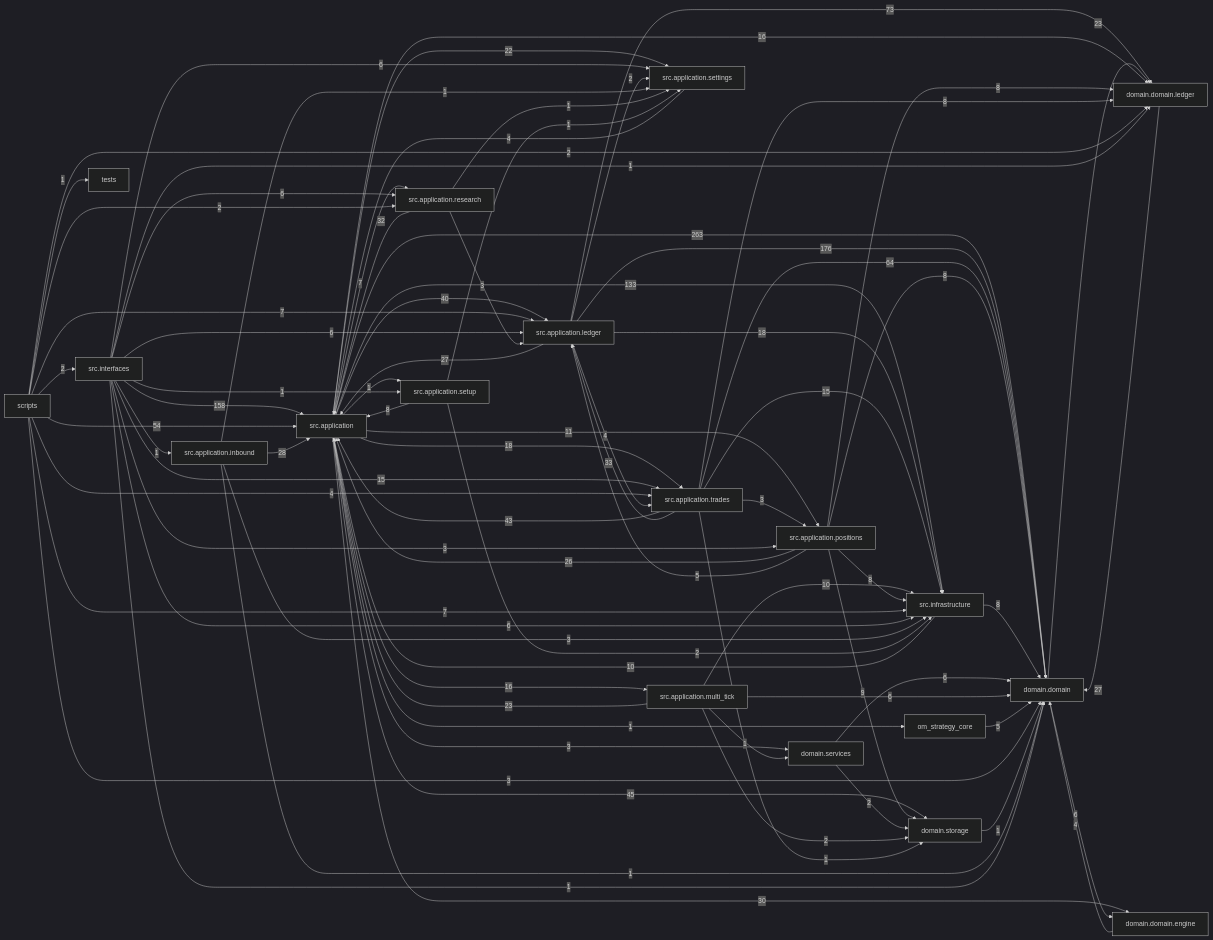
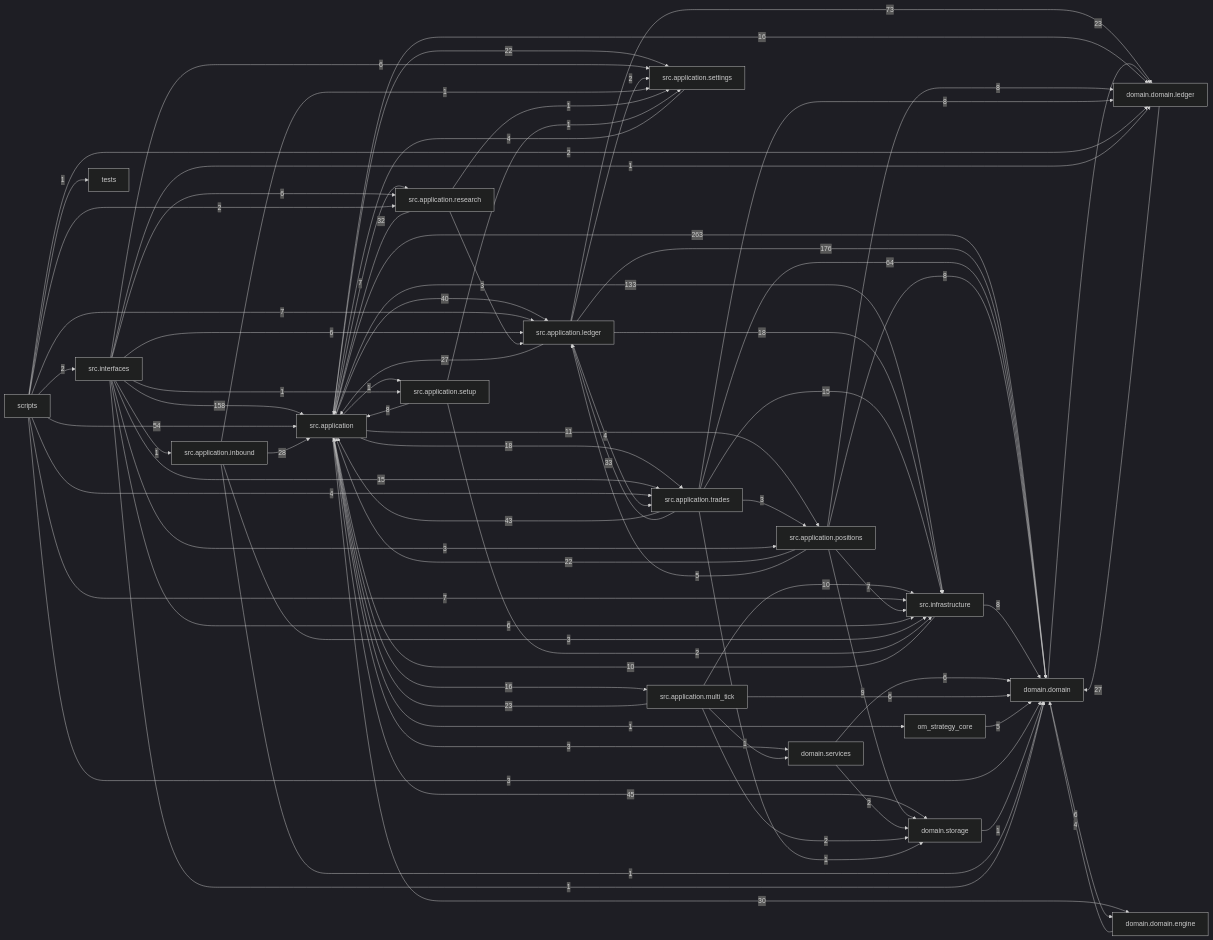
The diagram in docs/dependency_graph.mmd (liuxie066/options-monitor), drawn with Mermaid (dark theme) before and after one commit. The commit also changed 9 other files, not shown here.

```diff
--- a/docs/dependency_graph.mmd
+++ b/docs/dependency_graph.mmd
@@ -1,80 +1,80 @@
 flowchart LR
   src_application["src.application"] -->|263| domain_domain["domain.domain"]
   src_application_ledger["src.application.ledger"] -->|176| domain_domain["domain.domain"]
   src_interfaces["src.interfaces"] -->|158| src_application["src.application"]
   src_application["src.application"] -->|133| src_infrastructure["src.infrastructure"]
   src_application_ledger["src.application.ledger"] -->|73| domain_domain_ledger["domain.domain.ledger"]
   src_application_trades["src.application.trades"] -->|64| domain_domain["domain.domain"]
   scripts["scripts"] -->|54| src_application["src.application"]
   src_application["src.application"] -->|45| domain_storage["domain.storage"]
   src_application_trades["src.application.trades"] -->|43| src_application["src.application"]
   src_application["src.application"] -->|40| src_application_ledger["src.application.ledger"]
   src_application_trades["src.application.trades"] -->|33| src_application_ledger["src.application.ledger"]
   src_application_research["src.application.research"] -->|32| src_application["src.application"]
   src_application["src.application"] -->|30| domain_domain_engine["domain.domain.engine"]
   src_application_inbound["src.application.inbound"] -->|28| src_application["src.application"]
   domain_domain_ledger["domain.domain.ledger"] -->|27| domain_domain["domain.domain"]
   src_application_ledger["src.application.ledger"] -->|27| src_application["src.application"]
-  src_application_positions["src.application.positions"] -->|26| src_application["src.application"]
   domain_domain["domain.domain"] -->|23| domain_domain_ledger["domain.domain.ledger"]
   src_application_multi_tick["src.application.multi_tick"] -->|23| src_application["src.application"]
   src_application["src.application"] -->|22| src_application_settings["src.application.settings"]
+  src_application_positions["src.application.positions"] -->|22| src_application["src.application"]
   src_application["src.application"] -->|18| src_application_trades["src.application.trades"]
   src_application_ledger["src.application.ledger"] -->|18| src_infrastructure["src.infrastructure"]
   src_application["src.application"] -->|16| domain_domain_ledger["domain.domain.ledger"]
   src_application["src.application"] -->|16| src_application_multi_tick["src.application.multi_tick"]
   src_application_trades["src.application.trades"] -->|15| src_infrastructure["src.infrastructure"]
   src_interfaces["src.interfaces"] -->|15| src_application_trades["src.application.trades"]
   src_application["src.application"] -->|11| src_application_positions["src.application.positions"]
   src_application_multi_tick["src.application.multi_tick"] -->|10| src_infrastructure["src.infrastructure"]
   src_infrastructure["src.infrastructure"] -->|10| src_application["src.application"]
   src_application_positions["src.application.positions"] -->|9| domain_storage["domain.storage"]
   src_application_positions["src.application.positions"] -->|8| domain_domain["domain.domain"]
   src_application_positions["src.application.positions"] -->|8| domain_domain_ledger["domain.domain.ledger"]
-  src_application_positions["src.application.positions"] -->|8| src_infrastructure["src.infrastructure"]
   src_application_setup["src.application.setup"] -->|8| src_application["src.application"]
   src_application_trades["src.application.trades"] -->|8| domain_domain_ledger["domain.domain.ledger"]
   src_infrastructure["src.infrastructure"] -->|8| domain_domain["domain.domain"]
   scripts["scripts"] -->|7| src_application_ledger["src.application.ledger"]
   scripts["scripts"] -->|7| src_infrastructure["src.infrastructure"]
   src_application["src.application"] -->|7| src_application_research["src.application.research"]
+  src_application_positions["src.application.positions"] -->|7| src_infrastructure["src.infrastructure"]
   domain_domain["domain.domain"] -->|6| domain_domain_engine["domain.domain.engine"]
   domain_services["domain.services"] -->|6| domain_domain["domain.domain"]
   src_application_multi_tick["src.application.multi_tick"] -->|6| domain_domain["domain.domain"]
   src_interfaces["src.interfaces"] -->|6| src_application_ledger["src.application.ledger"]
   src_interfaces["src.interfaces"] -->|6| src_application_research["src.application.research"]
   src_interfaces["src.interfaces"] -->|6| src_application_settings["src.application.settings"]
   src_interfaces["src.interfaces"] -->|6| src_infrastructure["src.infrastructure"]
   om_strategy_core["om_strategy_core"] -->|5| domain_domain["domain.domain"]
   src_application_positions["src.application.positions"] -->|5| src_application_ledger["src.application.ledger"]
   domain_domain_engine["domain.domain.engine"] -->|4| domain_domain["domain.domain"]
   scripts["scripts"] -->|4| src_application_trades["src.application.trades"]
   src_application_ledger["src.application.ledger"] -->|4| src_application_trades["src.application.trades"]
   src_application_settings["src.application.settings"] -->|4| src_application["src.application"]
   scripts["scripts"] -->|3| domain_domain["domain.domain"]
   src_application["src.application"] -->|3| domain_services["domain.services"]
   src_application_inbound["src.application.inbound"] -->|3| src_infrastructure["src.infrastructure"]
   src_application_research["src.application.research"] -->|3| src_application_ledger["src.application.ledger"]
   src_application_trades["src.application.trades"] -->|3| src_application_positions["src.application.positions"]
   src_interfaces["src.interfaces"] -->|3| src_application_positions["src.application.positions"]
   domain_services["domain.services"] -->|2| domain_storage["domain.storage"]
   scripts["scripts"] -->|2| domain_domain_ledger["domain.domain.ledger"]
   scripts["scripts"] -->|2| src_application_research["src.application.research"]
   scripts["scripts"] -->|2| src_interfaces["src.interfaces"]
   src_application_ledger["src.application.ledger"] -->|2| src_application_settings["src.application.settings"]
   src_application_multi_tick["src.application.multi_tick"] -->|2| domain_storage["domain.storage"]
   src_application_setup["src.application.setup"] -->|2| src_infrastructure["src.infrastructure"]
   domain_storage["domain.storage"] -->|1| domain_domain["domain.domain"]
   scripts["scripts"] -->|1| tests["tests"]
   src_application["src.application"] -->|1| om_strategy_core["om_strategy_core"]
   src_application["src.application"] -->|1| src_application_setup["src.application.setup"]
   src_application_inbound["src.application.inbound"] -->|1| domain_domain["domain.domain"]
   src_application_inbound["src.application.inbound"] -->|1| src_application_settings["src.application.settings"]
   src_application_multi_tick["src.application.multi_tick"] -->|1| domain_services["domain.services"]
   src_application_research["src.application.research"] -->|1| src_application_settings["src.application.settings"]
   src_application_setup["src.application.setup"] -->|1| src_application_settings["src.application.settings"]
   src_application_trades["src.application.trades"] -->|1| domain_storage["domain.storage"]
   src_interfaces["src.interfaces"] -->|1| domain_domain["domain.domain"]
   src_interfaces["src.interfaces"] -->|1| domain_domain_ledger["domain.domain.ledger"]
   src_interfaces["src.interfaces"] -->|1| src_application_inbound["src.application.inbound"]
   src_interfaces["src.interfaces"] -->|1| src_application_setup["src.application.setup"]
```
